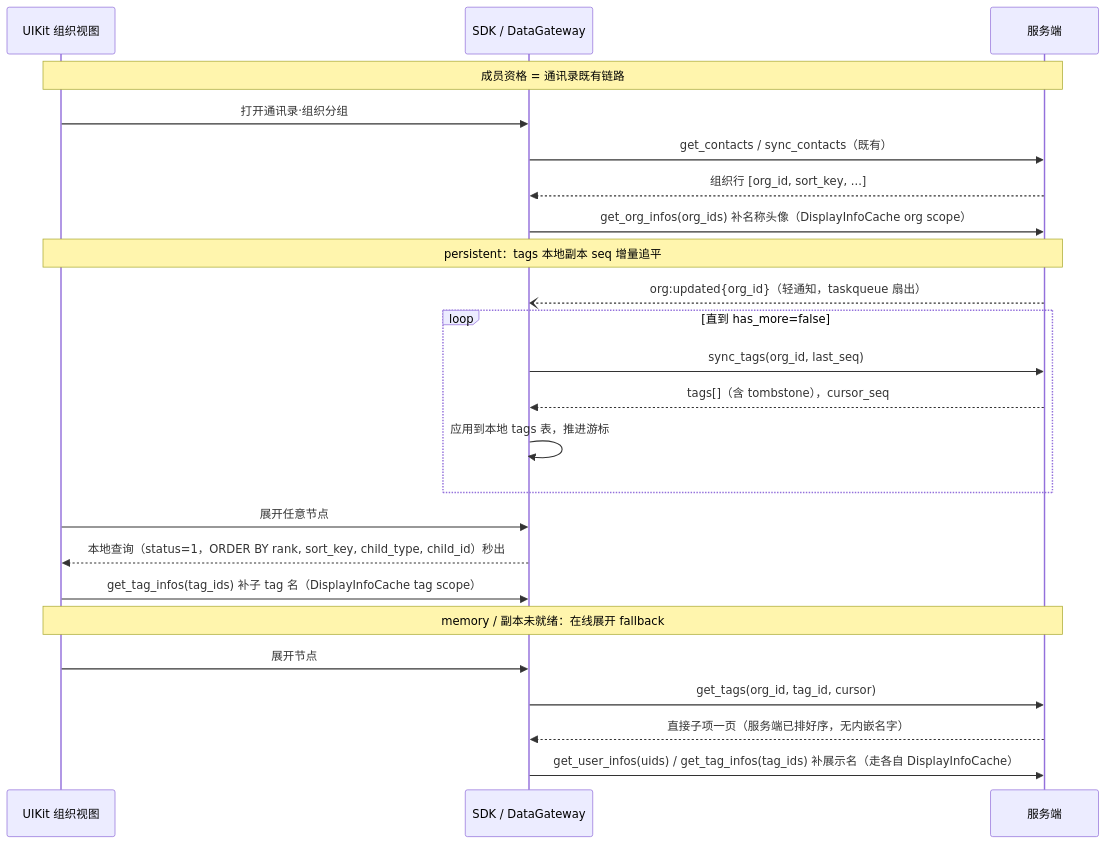
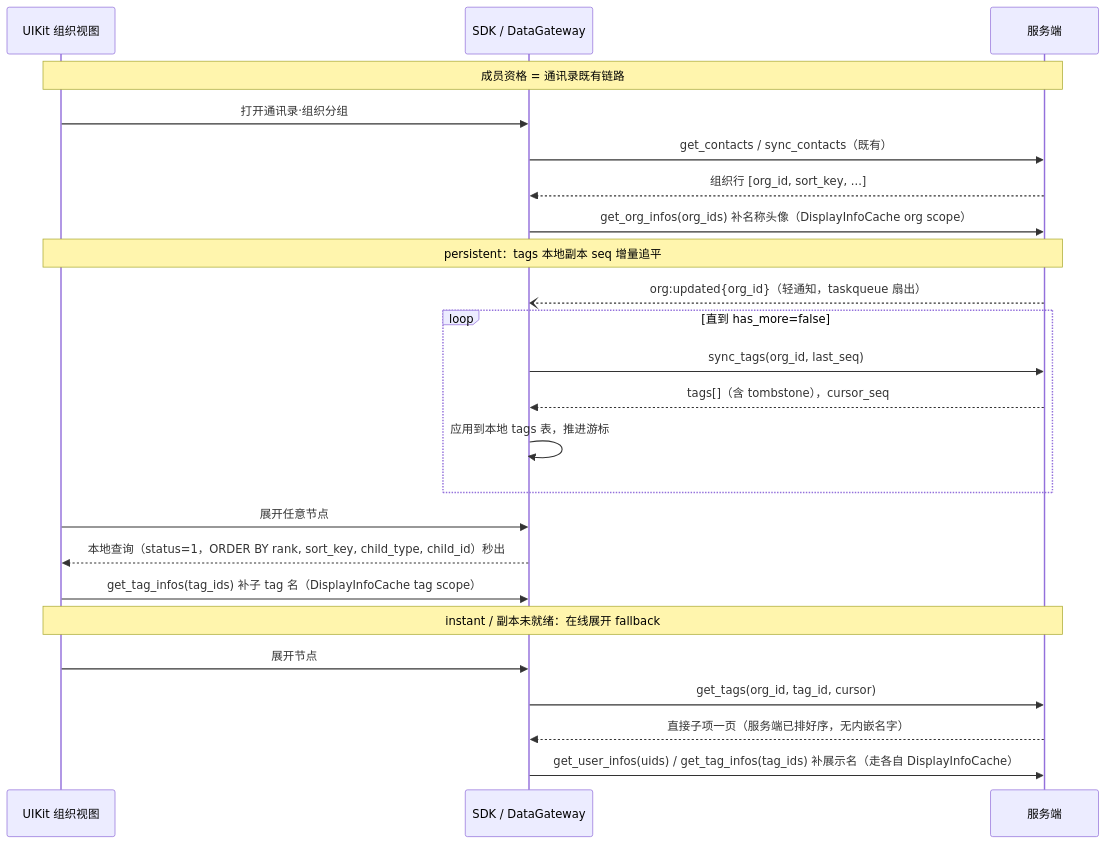
The second of 2 diagrams in docs/server/组织架构方案.md (dacez/yimsg), drawn with Mermaid before and after one commit. The commit also changed other lines of this file and 22 other files, not shown here.

````diff
--- a/docs/server/组织架构方案.md
+++ b/docs/server/组织架构方案.md
@@ -535,26 +535,26 @@
 ```mermaid
 sequenceDiagram
     participant UI as UIKit 组织视图
     participant DG as SDK / DataGateway
     participant S as 服务端
     Note over UI,S: 成员资格 = 通讯录既有链路
     UI->>DG: 打开通讯录·组织分组
     DG->>S: get_contacts / sync_contacts（既有）
     S-->>DG: 组织行 [org_id, sort_key, ...]
     DG->>S: get_org_infos(org_ids) 补名称头像（DisplayInfoCache org scope）
     Note over UI,S: persistent：tags 本地副本 seq 增量追平
     S--)DG: org:updated{org_id}（轻通知，taskqueue 扇出）
     loop 直到 has_more=false
         DG->>S: sync_tags(org_id, last_seq)
         S-->>DG: tags[]（含 tombstone），cursor_seq
         DG->>DG: 应用到本地 tags 表，推进游标
     end
     UI->>DG: 展开任意节点
     DG-->>UI: 本地查询（status=1，ORDER BY rank, sort_key, child_type, child_id）秒出
     UI->>DG: get_tag_infos(tag_ids) 补子 tag 名（DisplayInfoCache tag scope）
-    Note over UI,S: memory / 副本未就绪：在线展开 fallback
+    Note over UI,S: instant / 副本未就绪：在线展开 fallback
     UI->>DG: 展开节点
     DG->>S: get_tags(org_id, tag_id, cursor)
     S-->>DG: 直接子项一页（服务端已排好序，无内嵌名字）
     DG->>S: get_user_infos(uids) / get_tag_infos(tag_ids) 补展示名（走各自 DisplayInfoCache）
 ```
````
